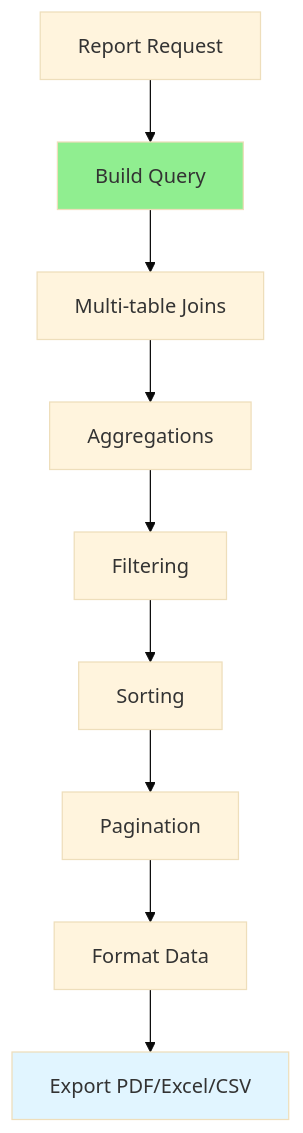
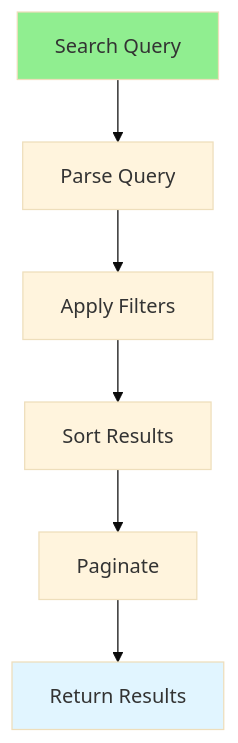
The diagram in Full-Stack-Guides/Group-09-Complex-Functions/09.01_Advanced_Search.md (iouthnamain/tech-note), drawn with Mermaid (base theme) before and after one commit. The commit also changed other lines of this file and 480 other files, not shown here.

````diff
--- a/Full-Stack-Guides/Group-09-Complex-Functions/09.01_Advanced_Search.md
+++ b/Full-Stack-Guides/Group-09-Complex-Functions/09.01_Advanced_Search.md
@@ -24,14 +22,11 @@
 ```mermaid
 flowchart TD
-    Request[Report Request] --> Query[Build Query]
-    Query --> Join[Multi-table Joins]
-    Join --> Aggregate[Aggregations]
-    Aggregate --> Filter[Filtering]
-    Filter --> Sort[Sorting]
-    Sort --> Paginate[Pagination]
-    Paginate --> Format[Format Data]
-    Format --> Export[Export PDF/Excel/CSV]
+    Query[Search Query] --> Parse[Parse Query]
+    Parse --> Filter[Apply Filters]
+    Filter --> Sort[Sort Results]
+    Sort --> Paginate[Paginate]
+    Paginate --> Return[Return Results]
     
     style Query fill:#90EE90
-    style Export fill:#e1f5ff
+    style Return fill:#e1f5ff
 ```
````
